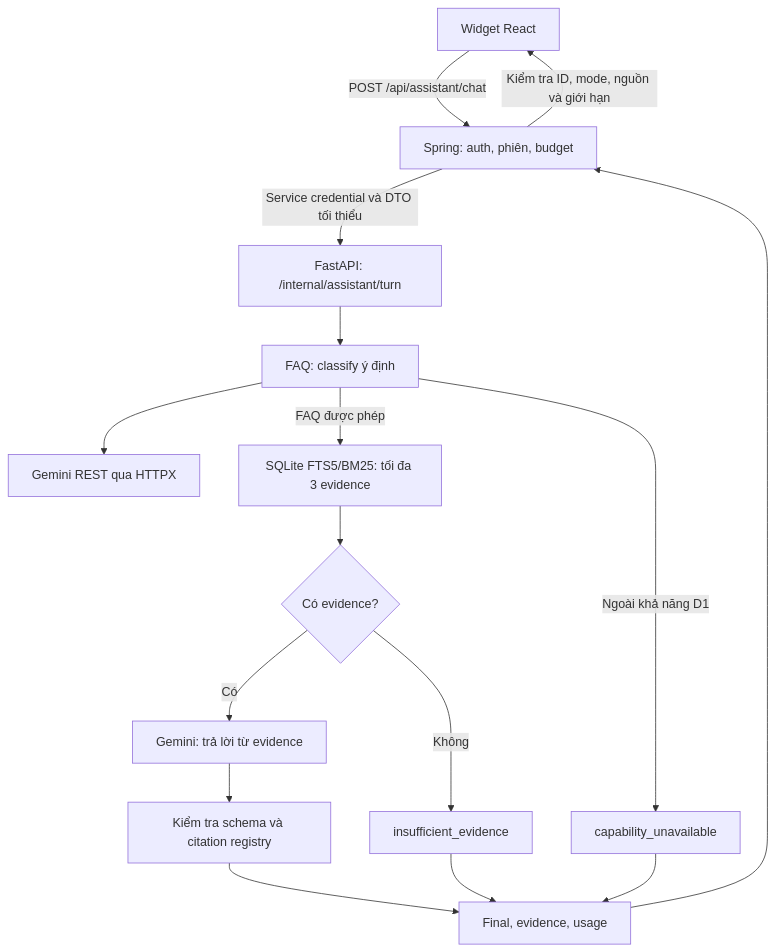
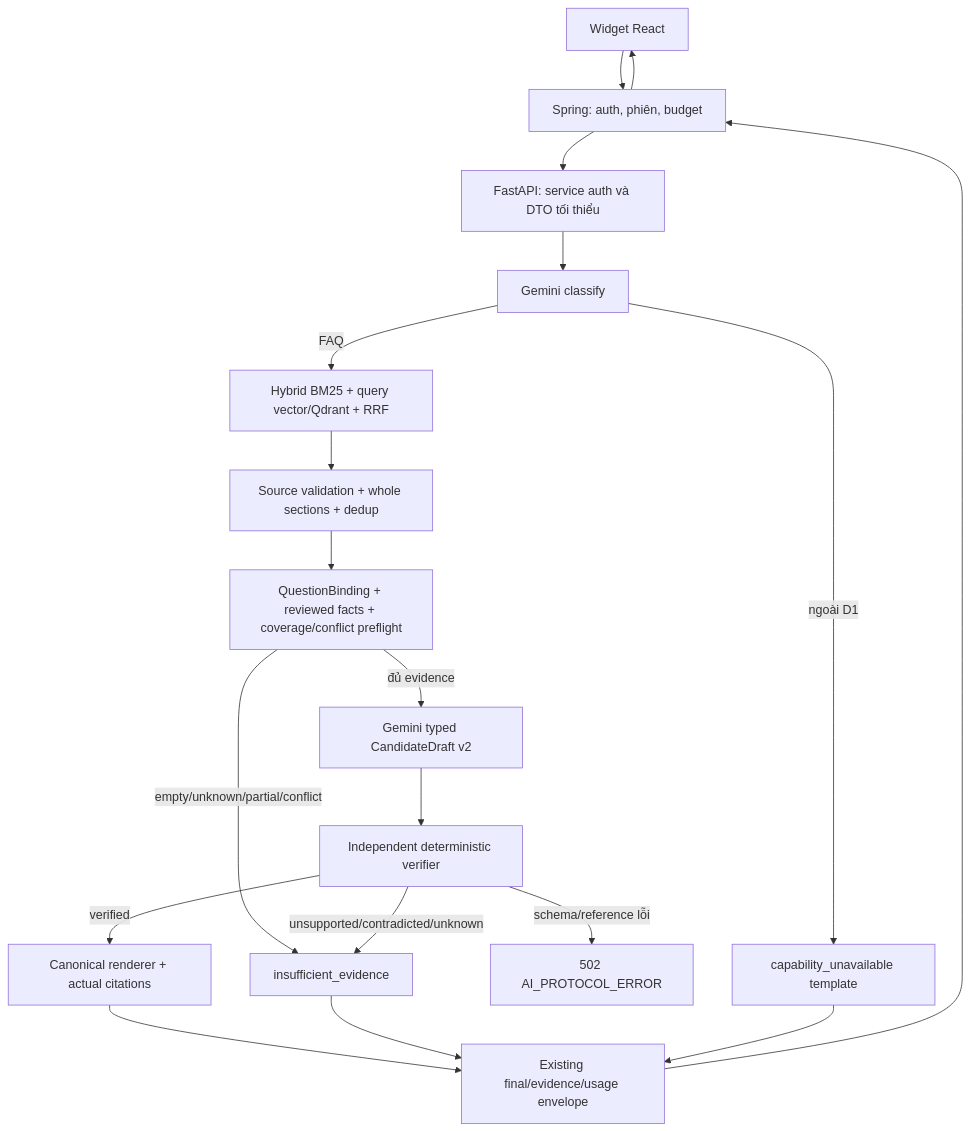
Before and after one commit to Gnaoh2512/PBL6: the first of 5 diagrams in ai-service/docs/architecture.md, drawn with Mermaid. The commit also changed other lines of this file and 7 other files, not shown here.

First line of the commit message:
docs(ai): update architecture, grounding/hybrid runbooks and D1 progress

````diff
--- a/ai-service/docs/architecture.md
+++ b/ai-service/docs/architecture.md
@@ -23,18 +30,21 @@
 ```mermaid
 flowchart TD
-    U[Widget React] -->|POST /api/assistant/chat| S[Spring: auth, phiên, budget]
-    S -->|Service credential và DTO tối thiểu| P[FastAPI: /internal/assistant/turn]
-    P --> C[FAQ: classify ý định]
-    C --> G[Gemini REST qua HTTPX]
-    C -->|FAQ được phép| R[SQLite FTS5/BM25: tối đa 3 evidence]
-    R --> E{Có evidence?}
-    E -->|Có| A[Gemini: trả lời từ evidence]
-    E -->|Không| I[insufficient_evidence]
-    C -->|Ngoài khả năng D1| N[capability_unavailable]
-    A --> V[Kiểm tra schema và citation registry]
-    V --> F[Final, evidence, usage]
+    U[Widget React] --> S[Spring: auth, phiên, budget]
+    S --> P[FastAPI: service auth và DTO tối thiểu]
+    P --> C[Gemini classify]
+    C -->|FAQ| R[Hybrid BM25 + query vector/Qdrant + RRF]
+    R --> E[Source validation + whole sections + dedup]
+    E --> Q[QuestionBinding + reviewed facts + coverage/conflict preflight]
+    Q -->|đủ evidence| A[Gemini typed CandidateDraft v2]
+    A --> V[Independent deterministic verifier]
+    V -->|verified| T[Canonical renderer + actual citations]
+    Q -->|empty/unknown/partial/conflict| I[insufficient_evidence]
+    V -->|unsupported/contradicted/unknown| I
+    V -->|schema/reference lỗi| K[502 AI_PROTOCOL_ERROR]
+    C -->|ngoài D1| N[capability_unavailable template]
+    T --> F[Existing final/evidence/usage envelope]
     I --> F
     N --> F
     F --> S
-    S -->|Kiểm tra ID, mode, nguồn và giới hạn| U
+    S --> U
 ```
````
